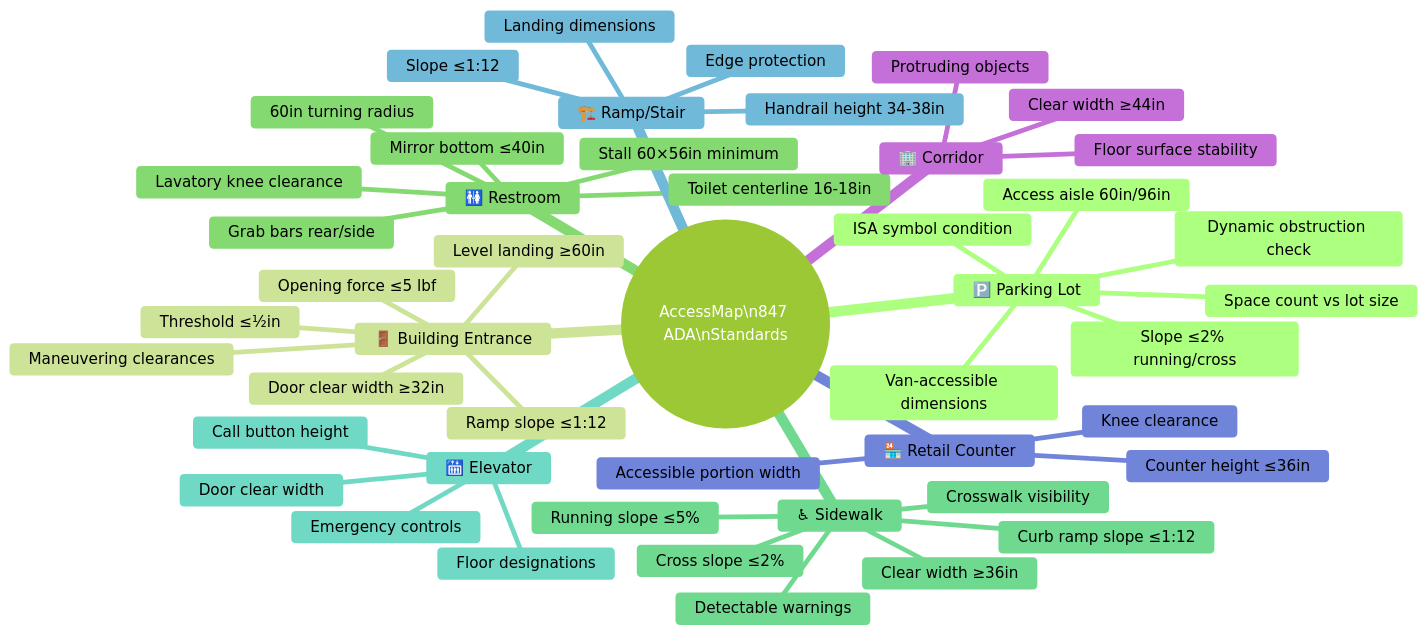
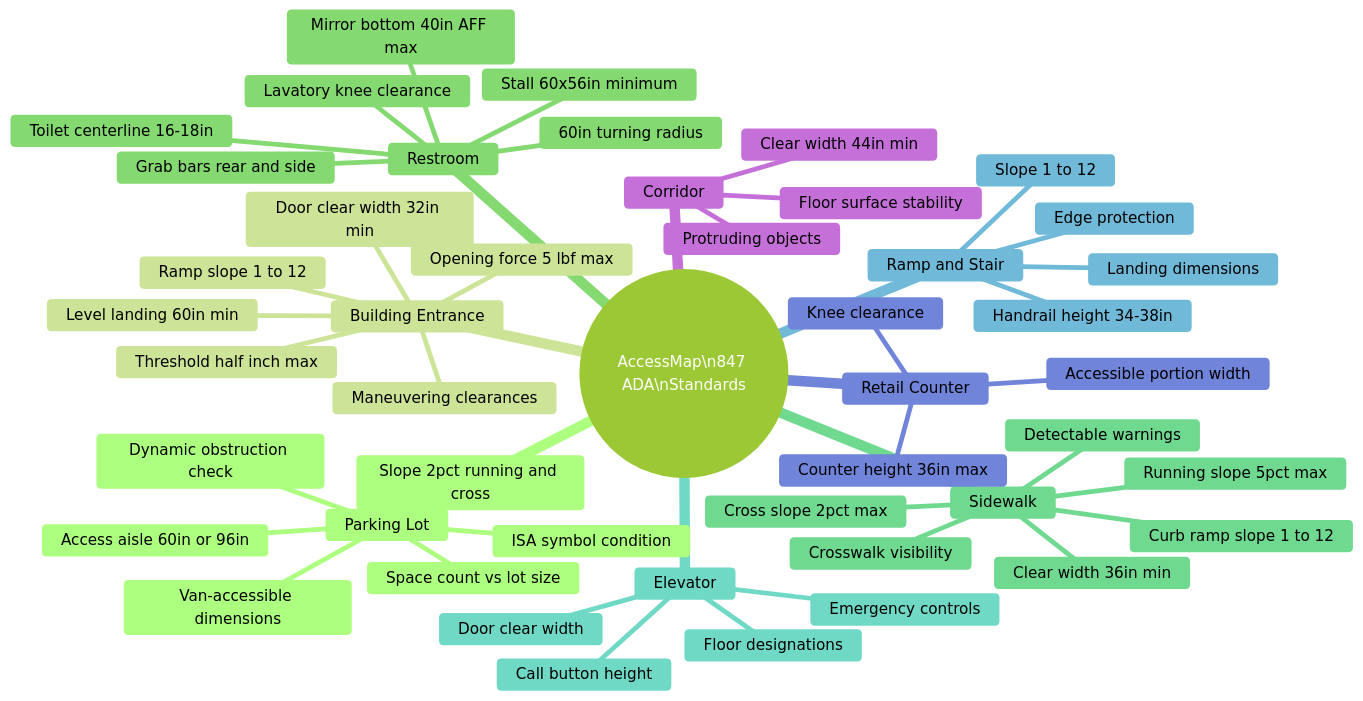
Before and after one commit to Iceman-Dann/AccessMap: the sixth of 12 diagrams in README.md, drawn with Mermaid (forest theme). The commit also changed other lines of this file, not shown here.

````diff
--- a/README.md
+++ b/README.md
@@ -195,50 +195,50 @@
 ```mermaid
 mindmap
   root((AccessMap\n847 ADA\nStandards))
-    🅿️ Parking Lot
+    Parking Lot
       Space count vs lot size
       Van-accessible dimensions
-      Access aisle 60in/96in
+      Access aisle 60in or 96in
       ISA symbol condition
-      Slope ≤2% running/cross
+      Slope 2pct running and cross
       Dynamic obstruction check
-    🚪 Building Entrance
-      Door clear width ≥32in
+    Building Entrance
+      Door clear width 32in min
       Maneuvering clearances
-      Threshold ≤½in
-      Opening force ≤5 lbf
-      Ramp slope ≤1:12
-      Level landing ≥60in
-    🚻 Restroom
-      Stall 60×56in minimum
+      Threshold half inch max
+      Opening force 5 lbf max
+      Ramp slope 1 to 12
+      Level landing 60in min
+    Restroom
+      Stall 60x56in minimum
       Toilet centerline 16-18in
-      Grab bars rear/side
+      Grab bars rear and side
       60in turning radius
       Lavatory knee clearance
-      Mirror bottom ≤40in
-    ♿ Sidewalk
-      Curb ramp slope ≤1:12
+      Mirror bottom 40in AFF max
+    Sidewalk
+      Curb ramp slope 1 to 12
       Detectable warnings
       Crosswalk visibility
-      Clear width ≥36in
-      Running slope ≤5%
-      Cross slope ≤2%
-    🛗 Elevator
+      Clear width 36in min
+      Running slope 5pct max
+      Cross slope 2pct max
+    Elevator
       Call button height
       Door clear width
       Floor designations
       Emergency controls
-    🏗️ Ramp/Stair
-      Slope ≤1:12
+    Ramp and Stair
+      Slope 1 to 12
       Handrail height 34-38in
       Landing dimensions
       Edge protection
-    🏪 Retail Counter
-      Counter height ≤36in
+    Retail Counter
+      Counter height 36in max
       Accessible portion width
       Knee clearance
-    🏢 Corridor
-      Clear width ≥44in
+    Corridor
+      Clear width 44in min
       Protruding objects
       Floor surface stability
 ```
````
